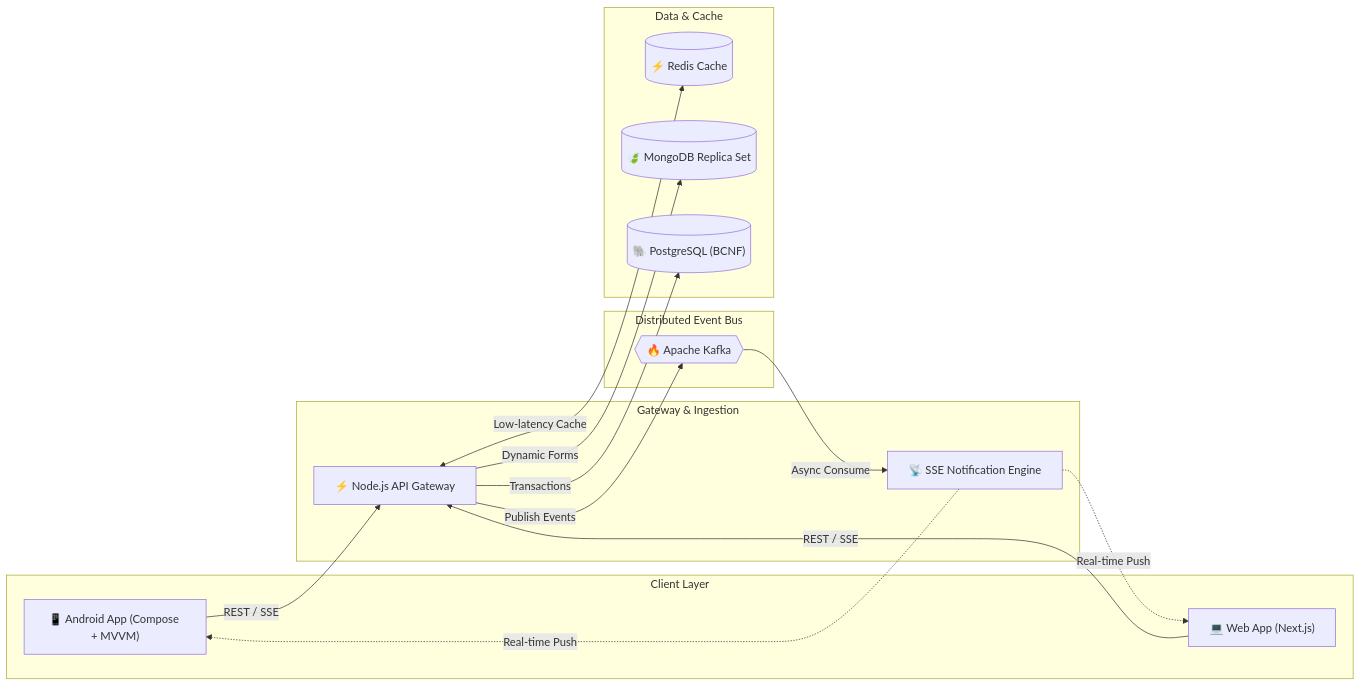
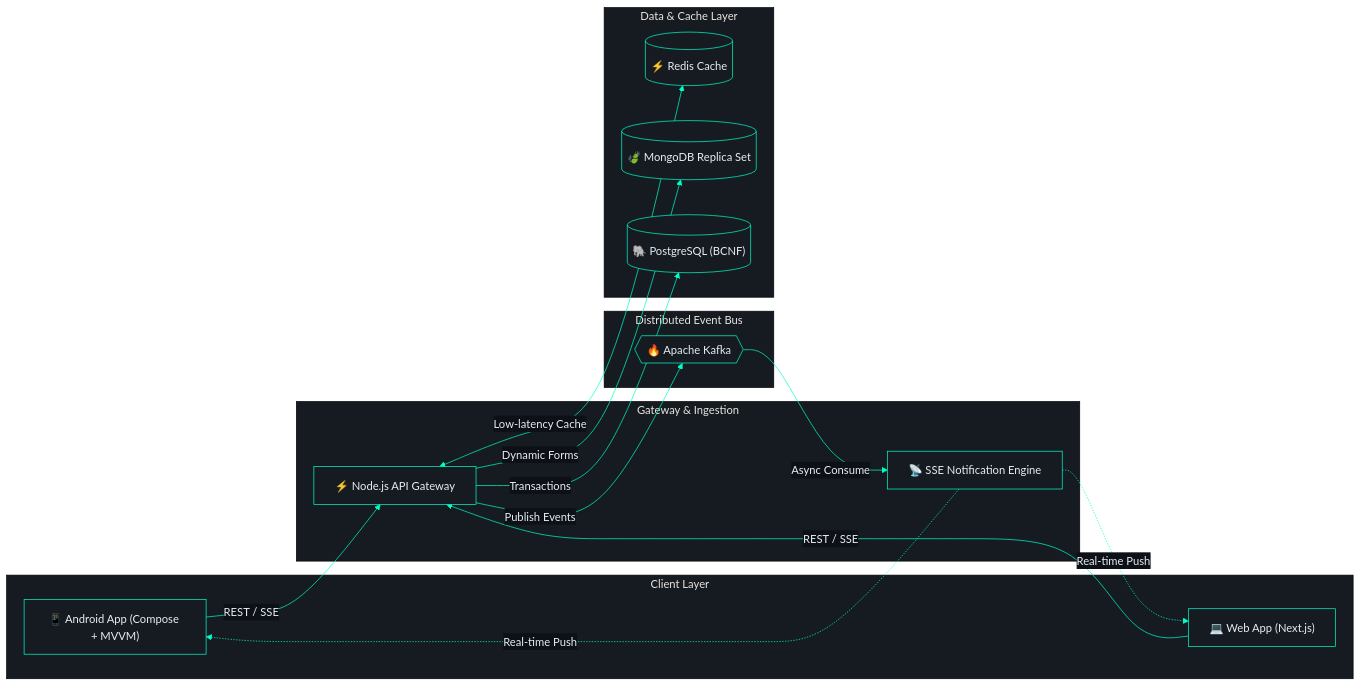
The diagram in README.md (Gautamneeraj88/Gautamneeraj88), drawn with Mermaid before and after one commit. The commit also changed other lines of this file, not shown here.

Commit message:
style: elevate aesthetics with waving dynamic banners, app icon dock, and styled mermaid theme

````diff
--- a/README.md
+++ b/README.md
@@ -40,32 +41,44 @@
 ```mermaid
+%%{init: {
+  'theme': 'base',
+  'themeVariables': {
+    'primaryColor': '#161b22',
+    'primaryTextColor': '#e6edf3',
+    'primaryBorderColor': '#00ffc8',
+    'lineColor': '#00ffc8',
+    'secondaryColor': '#0d1117',
+    'tertiaryColor': '#161b22',
+    'edgeLabelBackground': '#0d1117'
+  }
+}}%%
 graph LR
-    subgraph Client ["Client Layer"]
+    subgraph Client [" Client Layer "]
         Android["📱 Android App (Compose + MVVM)"]
         Web["💻 Web App (Next.js)"]
     end
 
-    subgraph Gateway ["Gateway & Ingestion"]
+    subgraph Gateway [" Gateway & Ingestion "]
         API["⚡ Node.js API Gateway"]
         SSE["📡 SSE Notification Engine"]
     end
 
-    subgraph Bus ["Distributed Event Bus"]
+    subgraph Bus [" Distributed Event Bus "]
         Kafka{{"🔥 Apache Kafka"}}
     end
 
-    subgraph Persistence ["Data & Cache"]
+    subgraph Persistence [" Data & Cache Layer "]
         Redis[("⚡ Redis Cache")]
         Mongo[("🍃 MongoDB Replica Set")]
         Postgres[("🐘 PostgreSQL (BCNF)")]
     end
 
     Android -->|REST / SSE| API
     Web -->|REST / SSE| API
     API <-->|Low-latency Cache| Redis
     API -->|Transactions| Postgres
     API -->|Dynamic Forms| Mongo
     API -->|Publish Events| Kafka
     Kafka -->|Async Consume| SSE
     SSE -.->|Real-time Push| Android
     SSE -.->|Real-time Push| Web
 ```
````
